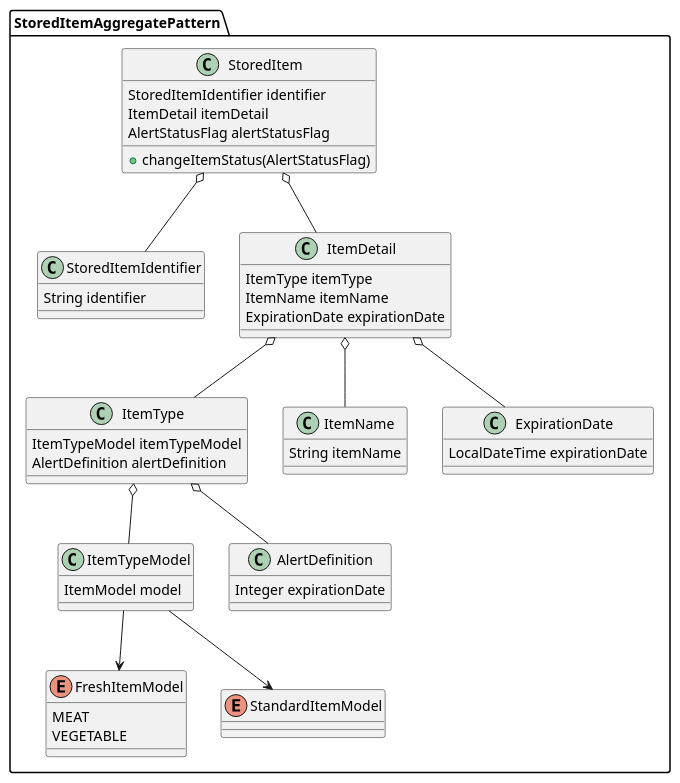
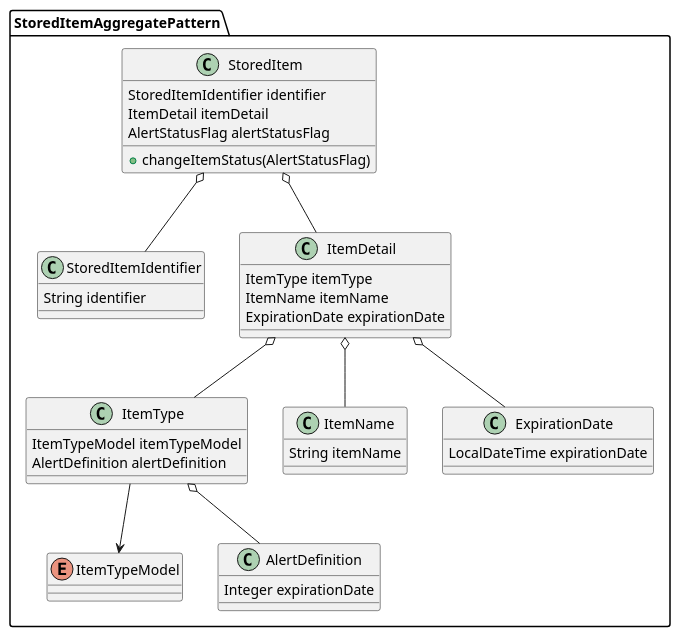
Before and after one commit to zoeque/limitchecker-spring-boot: the diagram in doc/diagram/item_model.puml, drawn with PlantUML. The commit also changed 1 other file, not shown here.

```diff
--- a/doc/diagram/item_model.puml
+++ b/doc/diagram/item_model.puml
@@ -1,51 +1,43 @@
 @startuml
 package StoredItemAggregatePattern {
   class StoredItem{
     StoredItemIdentifier identifier
     ItemDetail itemDetail
     AlertStatusFlag alertStatusFlag
     + changeItemStatus(AlertStatusFlag)
   }
   class StoredItemIdentifier {
     String identifier
   }
   class ItemDetail {
     ItemType itemType
     ItemName itemName
     ExpirationDate expirationDate
   }
 
   class ItemType {
     ItemTypeModel itemTypeModel
     AlertDefinition alertDefinition
   }
-  class ItemTypeModel {
-    ItemModel model
+  enum ItemTypeModel {
   }
-  enum FreshItemModel {
-    MEAT
-    VEGETABLE
-  }
-  enum StandardItemModel
 
   class AlertDefinition {
     Integer expirationDate
   }
   class ItemName {
     String itemName
   }
   class ExpirationDate {
     LocalDateTime expirationDate
   }
 }
 StoredItem o-- StoredItemIdentifier
 StoredItem o-- ItemDetail
 ItemDetail o-- ItemName
 ItemDetail o-- ItemType
 ItemDetail o-- ExpirationDate
 ItemType o-- AlertDefinition
-ItemType o-- ItemTypeModel
-ItemTypeModel --> FreshItemModel
-ItemTypeModel --> StandardItemModel
+ItemType --> ItemTypeModel
 
 @enduml
```
